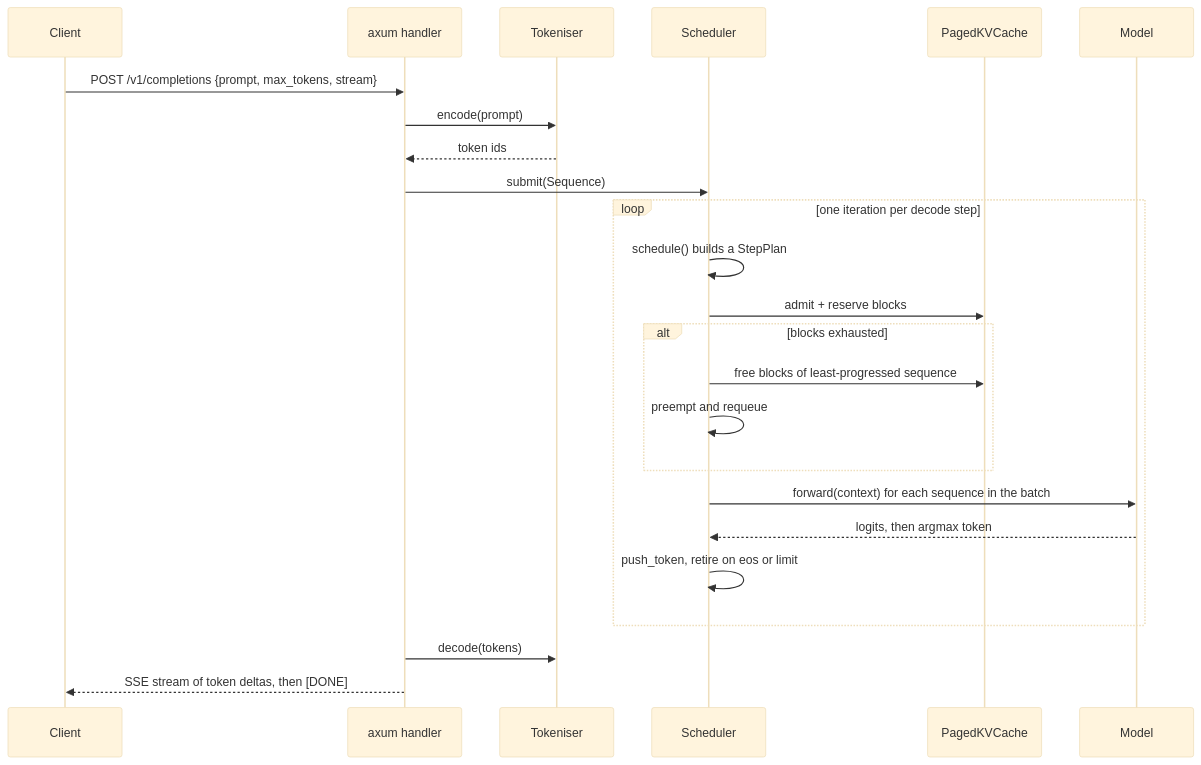
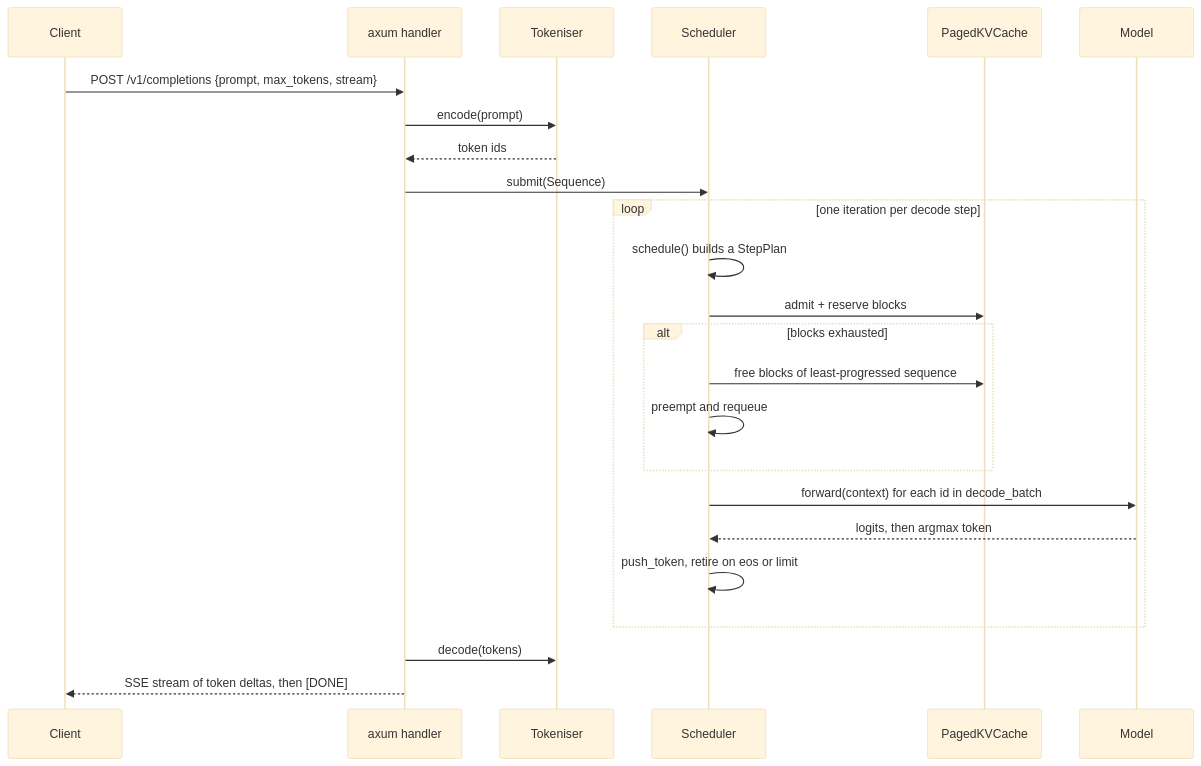
The diagram in wiki/Architecture.md (sarmakska/forge-infer), drawn with Mermaid (base theme) before and after one commit. The commit also changed other lines of this file and 8 other files, not shown here.

Commit message:
docs: lift the in-repo wiki to best-in-class with themed diagrams, code references and a roadmap

````diff
--- a/wiki/Architecture.md
+++ b/wiki/Architecture.md
@@ -19,27 +19,27 @@
 ```mermaid
 sequenceDiagram
     participant C as Client
     participant H as axum handler
     participant T as Tokeniser
     participant Sc as Scheduler
     participant K as PagedKVCache
     participant M as Model
 
     C->>H: POST /v1/completions {prompt, max_tokens, stream}
     H->>T: encode(prompt)
     T-->>H: token ids
     H->>Sc: submit(Sequence)
     loop one iteration per decode step
         Sc->>Sc: schedule() builds a StepPlan
         Sc->>K: admit + reserve blocks
         alt blocks exhausted
             Sc->>K: free blocks of least-progressed sequence
             Sc->>Sc: preempt and requeue
         end
-        Sc->>M: forward(context) for each sequence in the batch
+        Sc->>M: forward(context) for each id in decode_batch
         M-->>Sc: logits, then argmax token
         Sc->>Sc: push_token, retire on eos or limit
     end
     H->>T: decode(tokens)
     H-->>C: SSE stream of token deltas, then [DONE]
 ```
````
